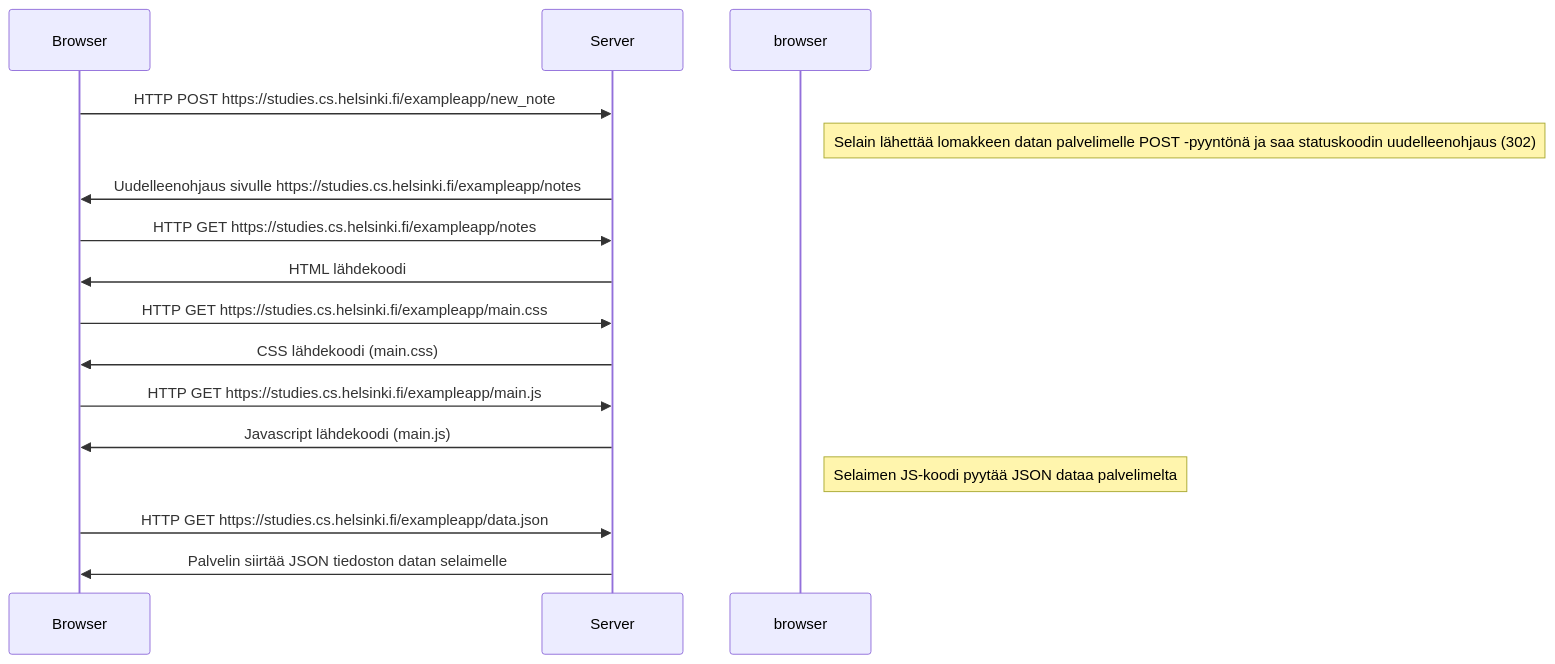
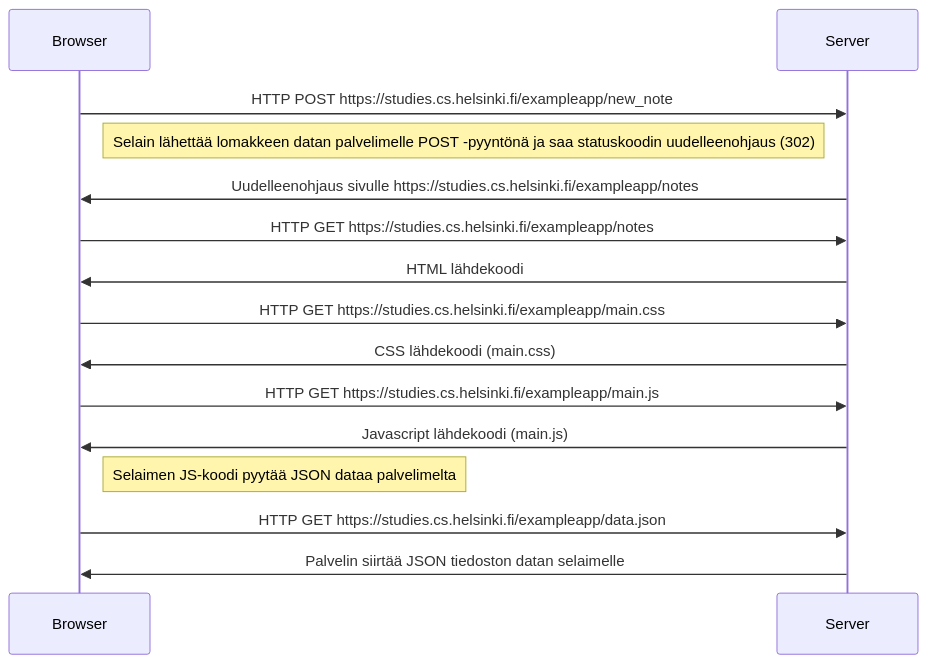
The diagram in osa0/tehtava0.4.md (saaskilahtij/fullstackopen), drawn with Mermaid before and after one commit.

````diff
--- a/osa0/tehtava0.4.md
+++ b/osa0/tehtava0.4.md
@@ -1,18 +1,18 @@
 ```mermaid
 
 sequenceDiagram
 
   Browser ->> Server: HTTP POST https://studies.cs.helsinki.fi/exampleapp/new_note
-  Note right of browser: Selain lähettää lomakkeen datan palvelimelle POST -pyyntönä ja saa statuskoodin uudelleenohjaus (302)
+  Note right of Browser: Selain lähettää lomakkeen datan palvelimelle POST -pyyntönä ja saa statuskoodin uudelleenohjaus (302)
   Server ->> Browser: Uudelleenohjaus sivulle https://studies.cs.helsinki.fi/exampleapp/notes
   Browser ->> Server: HTTP GET https://studies.cs.helsinki.fi/exampleapp/notes
   Server ->> Browser: HTML lähdekoodi
   Browser ->> Server: HTTP GET https://studies.cs.helsinki.fi/exampleapp/main.css
   Server ->> Browser: CSS lähdekoodi (main.css)
   Browser ->> Server: HTTP GET https://studies.cs.helsinki.fi/exampleapp/main.js
   Server ->> Browser: Javascript lähdekoodi (main.js)
-  Note right of browser: Selaimen JS-koodi pyytää JSON dataa palvelimelta
+  Note right of Browser: Selaimen JS-koodi pyytää JSON dataa palvelimelta
   Browser ->> Server: HTTP GET https://studies.cs.helsinki.fi/exampleapp/data.json
   Server ->> Browser: Palvelin siirtää JSON tiedoston datan selaimelle
   
 ```
````
